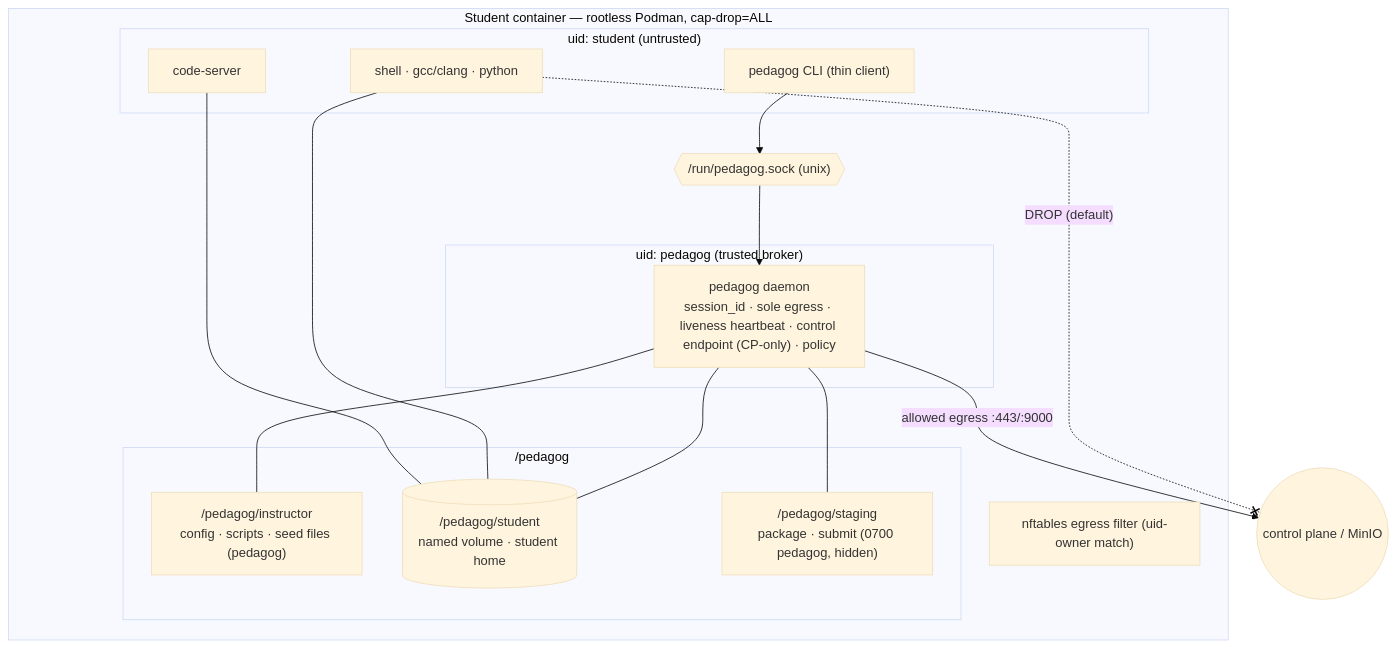
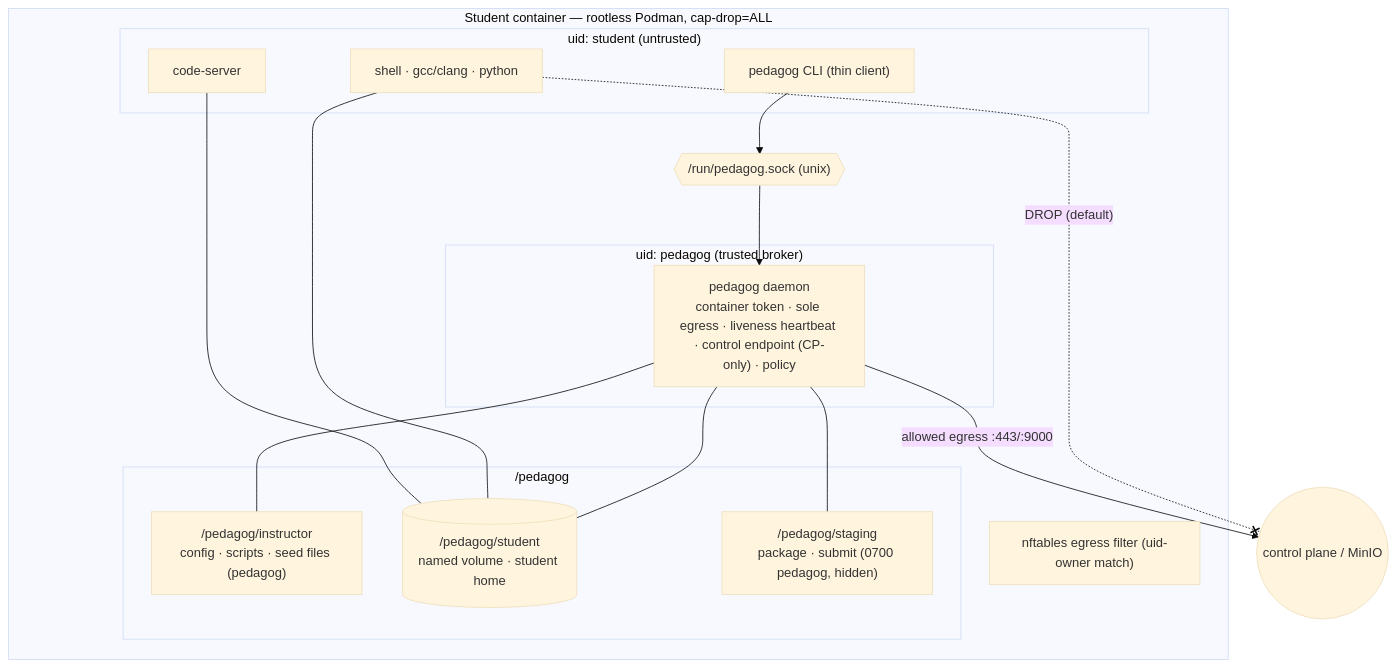
Before and after one commit to pedagog-org/pedagog: the third of 9 diagrams in docs/02-design-exam-system.md, drawn with Mermaid (base theme). The commit also changed other lines of this file and 4 other files, not shown here.

First line of the commit message:
docs: split public session_id from secret container token

````diff
--- a/docs/02-design-exam-system.md
+++ b/docs/02-design-exam-system.md
@@ -187,29 +191,29 @@
 ```mermaid
 flowchart TB
   subgraph container["Student container — rootless Podman, cap-drop=ALL"]
     subgraph studentz["uid: student (untrusted)"]
       CS["code-server"]
       SH["shell · gcc/clang · python"]
       CLI["pedagog CLI (thin client)"]
     end
     subgraph pedz["uid: pedagog (trusted broker)"]
-      D["pedagog daemon<br/>session_id · sole egress · liveness heartbeat · control endpoint (CP-only) · policy"]
+      D["pedagog daemon<br/>container token · sole egress · liveness heartbeat · control endpoint (CP-only) · policy"]
     end
     SOCK{{"/run/pedagog.sock (unix)"}}
     subgraph fs["/pedagog"]
       INST["/pedagog/instructor<br/>config · scripts · seed files (pedagog)"]
       STU[("/pedagog/student<br/>named volume · student home")]
       STG["/pedagog/staging<br/>package · submit (0700 pedagog, hidden)"]
     end
     NFT["nftables egress filter (uid-owner match)"]
   end
 
   CLI --> SOCK --> D
   CS --- STU
   SH --- STU
   D --- INST
   D --- STG
   D --- STU
   D -->|"allowed egress :443/:9000"| OUT(("control plane / MinIO"))
   SH -. "DROP (default)" .-x OUT
 ```
````
